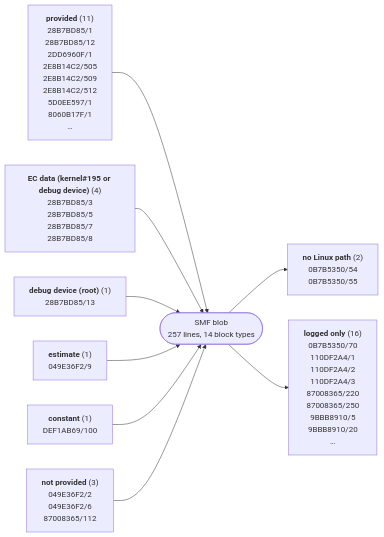
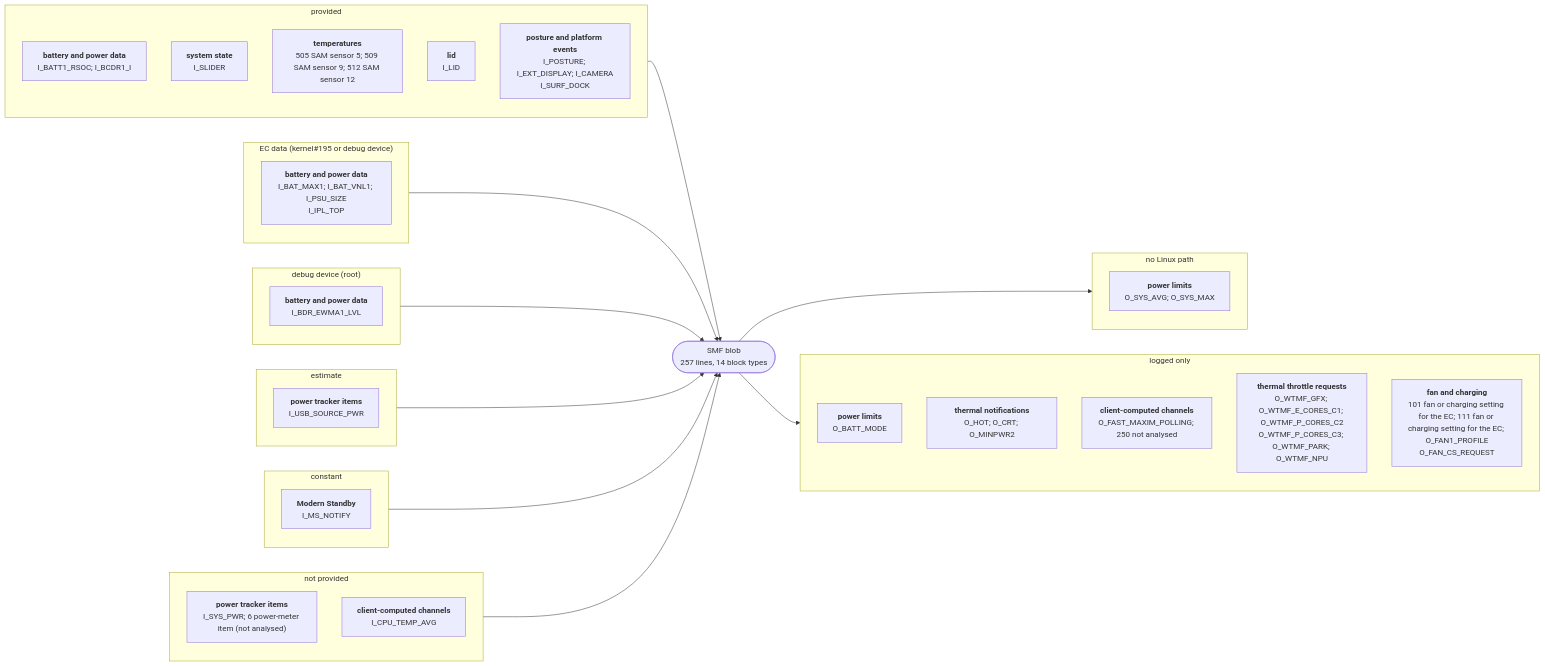
Before and after one commit to larsschellhas/linux-surface-power: the diagram in docs/devices/surface-laptop-7-snapdragon.md, drawn with Mermaid. The commit also changed other lines of this file and 31 other files, not shown here.

First line of the commit message:
Rate devices by their outputs; complete device diagrams

````diff
--- a/docs/devices/surface-laptop-7-snapdragon.md
+++ b/docs/devices/surface-laptop-7-snapdragon.md
@@ -18,12 +20,45 @@
 ```mermaid
 flowchart LR
-    I0["<b>provided</b> (11)<br/>28B7BD85/1<br/>28B7BD85/12<br/>2DD6960F/1<br/>2E8B14C2/505<br/>2E8B14C2/509<br/>2E8B14C2/512<br/>5D0EE597/1<br/>8060B17F/1<br/>…"] --> B
-    I1["<b>EC data (kernel#195 or debug device)</b> (4)<br/>28B7BD85/3<br/>28B7BD85/5<br/>28B7BD85/7<br/>28B7BD85/8"] --> B
-    I2["<b>debug device (root)</b> (1)<br/>28B7BD85/13"] --> B
-    I3["<b>estimate</b> (1)<br/>049E36F2/9"] --> B
-    I4["<b>constant</b> (1)<br/>DEF1AB69/100"] --> B
-    I5["<b>not provided</b> (3)<br/>049E36F2/2<br/>049E36F2/6<br/>87008365/112"] --> B
+    subgraph IN0["provided"]
+        I0_28B7BD85["<b>battery and power data</b><br/>I_BATT1_RSOC; I_BCDR1_I"]
+        I0_2DD6960F["<b>system state</b><br/>I_SLIDER"]
+        I0_2E8B14C2["<b>temperatures</b><br/>505 SAM sensor 5; 509 SAM sensor 9; 512 SAM sensor 12"]
+        I0_5D0EE597["<b>lid</b><br/>I_LID"]
+        I0_8060B17F["<b>posture and platform events</b><br/>I_POSTURE; I_EXT_DISPLAY; I_CAMERA<br/>I_SURF_DOCK"]
+    end
+    IN0 --> B
+    subgraph IN1["EC data (kernel#195 or debug device)"]
+        I1_28B7BD85["<b>battery and power data</b><br/>I_BAT_MAX1; I_BAT_VNL1; I_PSU_SIZE<br/>I_IPL_TOP"]
+    end
+    IN1 --> B
+    subgraph IN2["debug device (root)"]
+        I2_28B7BD85["<b>battery and power data</b><br/>I_BDR_EWMA1_LVL"]
+    end
+    IN2 --> B
+    subgraph IN3["estimate"]
+        I3_049E36F2["<b>power tracker items</b><br/>I_USB_SOURCE_PWR"]
+    end
+    IN3 --> B
+    subgraph IN4["constant"]
+        I4_DEF1AB69["<b>Modern Standby</b><br/>I_MS_NOTIFY"]
+    end
+    IN4 --> B
+    subgraph IN5["not provided"]
+        I5_049E36F2["<b>power tracker items</b><br/>I_SYS_PWR; 6 power-meter item (not analysed)"]
+        I5_87008365["<b>client-computed channels</b><br/>I_CPU_TEMP_AVG"]
+    end
+    IN5 --> B
     B(["SMF blob<br/>257 lines, 14 block types"])
-    B --> O0["<b>no Linux path</b> (2)<br/>0B7B5350/54<br/>0B7B5350/55"]
-    B --> O1["<b>logged only</b> (16)<br/>0B7B5350/70<br/>110DF2A4/1<br/>110DF2A4/2<br/>110DF2A4/3<br/>87008365/220<br/>87008365/250<br/>9BBB8910/5<br/>9BBB8910/20<br/>…"]
+    subgraph OUT0["no Linux path"]
+        O0_0B7B5350["<b>power limits</b><br/>O_SYS_AVG; O_SYS_MAX"]
+    end
+    B --> OUT0
+    subgraph OUT1["logged only"]
+        O1_0B7B5350["<b>power limits</b><br/>O_BATT_MODE"]
+        O1_110DF2A4["<b>thermal notifications</b><br/>O_HOT; O_CRT; O_MINPWR2"]
+        O1_87008365["<b>client-computed channels</b><br/>O_FAST_MAXIM_POLLING; 250 not analysed"]
+        O1_9BBB8910["<b>thermal throttle requests</b><br/>O_WTMF_GFX; O_WTMF_E_CORES_C1; O_WTMF_P_CORES_C2<br/>O_WTMF_P_CORES_C3; O_WTMF_PARK; O_WTMF_NPU"]
+        O1_B620798F["<b>fan and charging</b><br/>101 fan or charging setting for the EC; 111 fan or charging setting for the EC; O_FAN1_PROFILE<br/>O_FAN_CS_REQUEST"]
+    end
+    B --> OUT1
 ```
````
